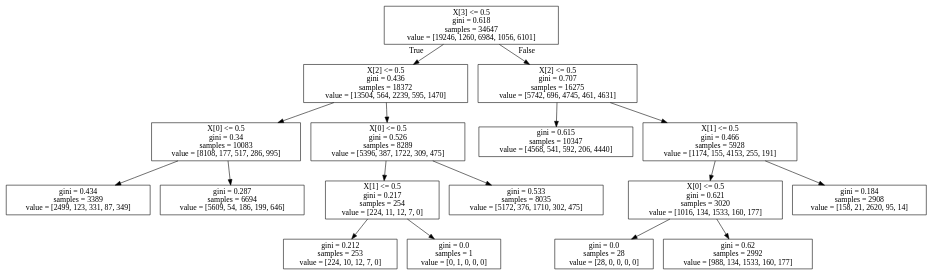
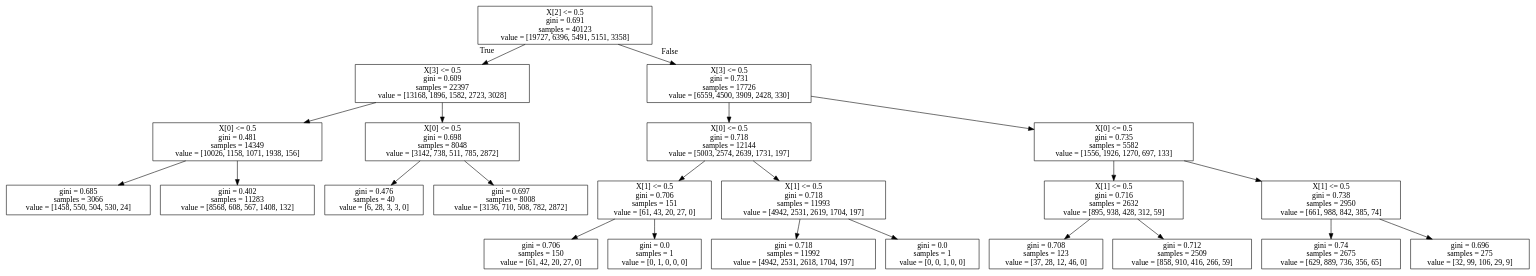
Before and after one commit to jesbu1/viper: the diagram in data/karel/ppo/0000r3+env_task=topOff+max_depth=15+n_batch_rollou=10+max_samples=100000+max_iters=80+train_frac=0.8+is_reweight=False0.10.1/dt_policy.dot, drawn with Graphviz. The commit also changed 60 other files, not shown here.

```diff
--- a/data/karel/ppo/0000r3+env_task=topOff+max_depth=15+n_batch_rollou=10+max_samples=100000+max_iters=80+train_frac=0.8+is_reweight=False0.10.1/dt_policy.dot
+++ b/data/karel/ppo/0000r3+env_task=topOff+max_depth=15+n_batch_rollou=10+max_samples=100000+max_iters=80+train_frac=0.8+is_reweight=False0.10.1/dt_policy.dot
@@ -1,36 +1,48 @@
 digraph Tree {
 node [shape=box] ;
-0 [label="X[3] <= 0.5\ngini = 0.618\nsamples = 34647\nvalue = [19246, 1260, 6984, 1056, 6101]"] ;
-1 [label="X[2] <= 0.5\ngini = 0.436\nsamples = 18372\nvalue = [13504, 564, 2239, 595, 1470]"] ;
+0 [label="X[2] <= 0.5\ngini = 0.691\nsamples = 40123\nvalue = [19727, 6396, 5491, 5151, 3358]"] ;
+1 [label="X[3] <= 0.5\ngini = 0.609\nsamples = 22397\nvalue = [13168, 1896, 1582, 2723, 3028]"] ;
 0 -> 1 [labeldistance=2.5, labelangle=45, headlabel="True"] ;
-2 [label="X[0] <= 0.5\ngini = 0.34\nsamples = 10083\nvalue = [8108, 177, 517, 286, 995]"] ;
+2 [label="X[0] <= 0.5\ngini = 0.481\nsamples = 14349\nvalue = [10026, 1158, 1071, 1938, 156]"] ;
 1 -> 2 ;
-3 [label="gini = 0.434\nsamples = 3389\nvalue = [2499, 123, 331, 87, 349]"] ;
+3 [label="gini = 0.685\nsamples = 3066\nvalue = [1458, 550, 504, 530, 24]"] ;
 2 -> 3 ;
-4 [label="gini = 0.287\nsamples = 6694\nvalue = [5609, 54, 186, 199, 646]"] ;
+4 [label="gini = 0.402\nsamples = 11283\nvalue = [8568, 608, 567, 1408, 132]"] ;
 2 -> 4 ;
-5 [label="X[0] <= 0.5\ngini = 0.526\nsamples = 8289\nvalue = [5396, 387, 1722, 309, 475]"] ;
+5 [label="X[0] <= 0.5\ngini = 0.698\nsamples = 8048\nvalue = [3142, 738, 511, 785, 2872]"] ;
 1 -> 5 ;
-6 [label="X[1] <= 0.5\ngini = 0.217\nsamples = 254\nvalue = [224, 11, 12, 7, 0]"] ;
+6 [label="gini = 0.476\nsamples = 40\nvalue = [6, 28, 3, 3, 0]"] ;
 5 -> 6 ;
-7 [label="gini = 0.212\nsamples = 253\nvalue = [224, 10, 12, 7, 0]"] ;
-6 -> 7 ;
-8 [label="gini = 0.0\nsamples = 1\nvalue = [0, 1, 0, 0, 0]"] ;
-6 -> 8 ;
-9 [label="gini = 0.533\nsamples = 8035\nvalue = [5172, 376, 1710, 302, 475]"] ;
-5 -> 9 ;
-10 [label="X[2] <= 0.5\ngini = 0.707\nsamples = 16275\nvalue = [5742, 696, 4745, 461, 4631]"] ;
-0 -> 10 [labeldistance=2.5, labelangle=-45, headlabel="False"] ;
-11 [label="gini = 0.615\nsamples = 10347\nvalue = [4568, 541, 592, 206, 4440]"] ;
+7 [label="gini = 0.697\nsamples = 8008\nvalue = [3136, 710, 508, 782, 2872]"] ;
+5 -> 7 ;
+8 [label="X[3] <= 0.5\ngini = 0.731\nsamples = 17726\nvalue = [6559, 4500, 3909, 2428, 330]"] ;
+0 -> 8 [labeldistance=2.5, labelangle=-45, headlabel="False"] ;
+9 [label="X[0] <= 0.5\ngini = 0.718\nsamples = 12144\nvalue = [5003, 2574, 2639, 1731, 197]"] ;
+8 -> 9 ;
+10 [label="X[1] <= 0.5\ngini = 0.706\nsamples = 151\nvalue = [61, 43, 20, 27, 0]"] ;
+9 -> 10 ;
+11 [label="gini = 0.706\nsamples = 150\nvalue = [61, 42, 20, 27, 0]"] ;
 10 -> 11 ;
-12 [label="X[1] <= 0.5\ngini = 0.466\nsamples = 5928\nvalue = [1174, 155, 4153, 255, 191]"] ;
+12 [label="gini = 0.0\nsamples = 1\nvalue = [0, 1, 0, 0, 0]"] ;
 10 -> 12 ;
-13 [label="X[0] <= 0.5\ngini = 0.621\nsamples = 3020\nvalue = [1016, 134, 1533, 160, 177]"] ;
-12 -> 13 ;
-14 [label="gini = 0.0\nsamples = 28\nvalue = [28, 0, 0, 0, 0]"] ;
+13 [label="X[1] <= 0.5\ngini = 0.718\nsamples = 11993\nvalue = [4942, 2531, 2619, 1704, 197]"] ;
+9 -> 13 ;
+14 [label="gini = 0.718\nsamples = 11992\nvalue = [4942, 2531, 2618, 1704, 197]"] ;
 13 -> 14 ;
-15 [label="gini = 0.62\nsamples = 2992\nvalue = [988, 134, 1533, 160, 177]"] ;
+15 [label="gini = 0.0\nsamples = 1\nvalue = [0, 0, 1, 0, 0]"] ;
 13 -> 15 ;
-16 [label="gini = 0.184\nsamples = 2908\nvalue = [158, 21, 2620, 95, 14]"] ;
-12 -> 16 ;
+16 [label="X[0] <= 0.5\ngini = 0.735\nsamples = 5582\nvalue = [1556, 1926, 1270, 697, 133]"] ;
+8 -> 16 ;
+17 [label="X[1] <= 0.5\ngini = 0.716\nsamples = 2632\nvalue = [895, 938, 428, 312, 59]"] ;
+16 -> 17 ;
+18 [label="gini = 0.708\nsamples = 123\nvalue = [37, 28, 12, 46, 0]"] ;
+17 -> 18 ;
+19 [label="gini = 0.712\nsamples = 2509\nvalue = [858, 910, 416, 266, 59]"] ;
+17 -> 19 ;
+20 [label="X[1] <= 0.5\ngini = 0.738\nsamples = 2950\nvalue = [661, 988, 842, 385, 74]"] ;
+16 -> 20 ;
+21 [label="gini = 0.74\nsamples = 2675\nvalue = [629, 889, 736, 356, 65]"] ;
+20 -> 21 ;
+22 [label="gini = 0.696\nsamples = 275\nvalue = [32, 99, 106, 29, 9]"] ;
+20 -> 22 ;
 }
```
